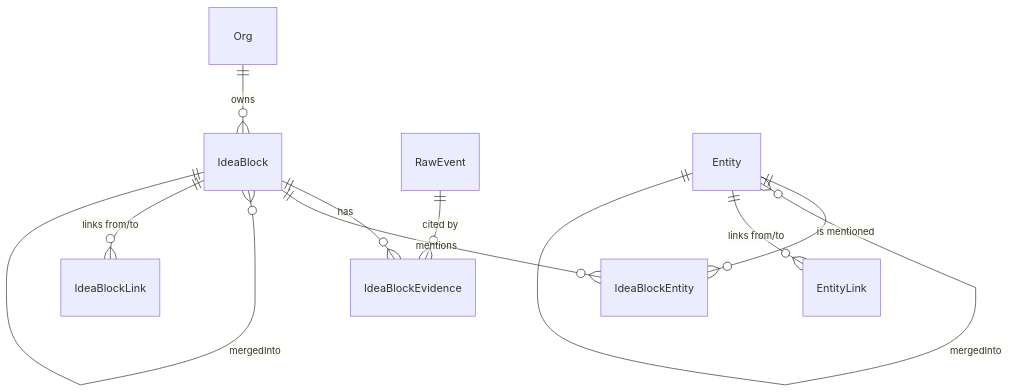
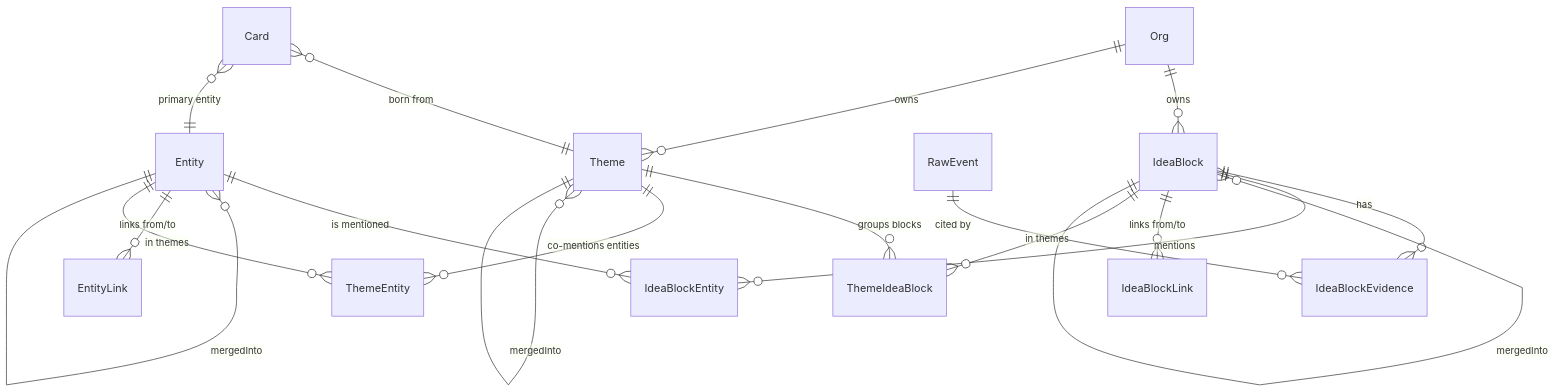
Before and after one commit to call-intellect/z: the diagram in second-brain/02_architecture/data-model.md, drawn with Mermaid. The commit also changed other lines of this file and 11 other files, not shown here.

````diff
--- a/second-brain/02_architecture/data-model.md
+++ b/second-brain/02_architecture/data-model.md
@@ -460,12 +534,20 @@
 ```mermaid
 erDiagram
   Org ||--o{ IdeaBlock : owns
+  Org ||--o{ Theme : owns
   IdeaBlock ||--o{ IdeaBlockEvidence : "has"
   RawEvent ||--o{ IdeaBlockEvidence : "cited by"
   IdeaBlock ||--o{ IdeaBlockEntity : mentions
   Entity ||--o{ IdeaBlockEntity : "is mentioned"
   IdeaBlock }o--|| IdeaBlock : mergedInto
   Entity }o--|| Entity : mergedInto
   IdeaBlock ||--o{ IdeaBlockLink : "links from/to"
   Entity ||--o{ EntityLink : "links from/to"
+  Theme ||--o{ ThemeIdeaBlock : "groups blocks"
+  IdeaBlock ||--o{ ThemeIdeaBlock : "in themes"
+  Theme ||--o{ ThemeEntity : "co-mentions entities"
+  Entity ||--o{ ThemeEntity : "in themes"
+  Theme }o--|| Theme : mergedInto
+  Card }o--|| Theme : "born from"
+  Card }o--|| Entity : "primary entity"
 ```
````
